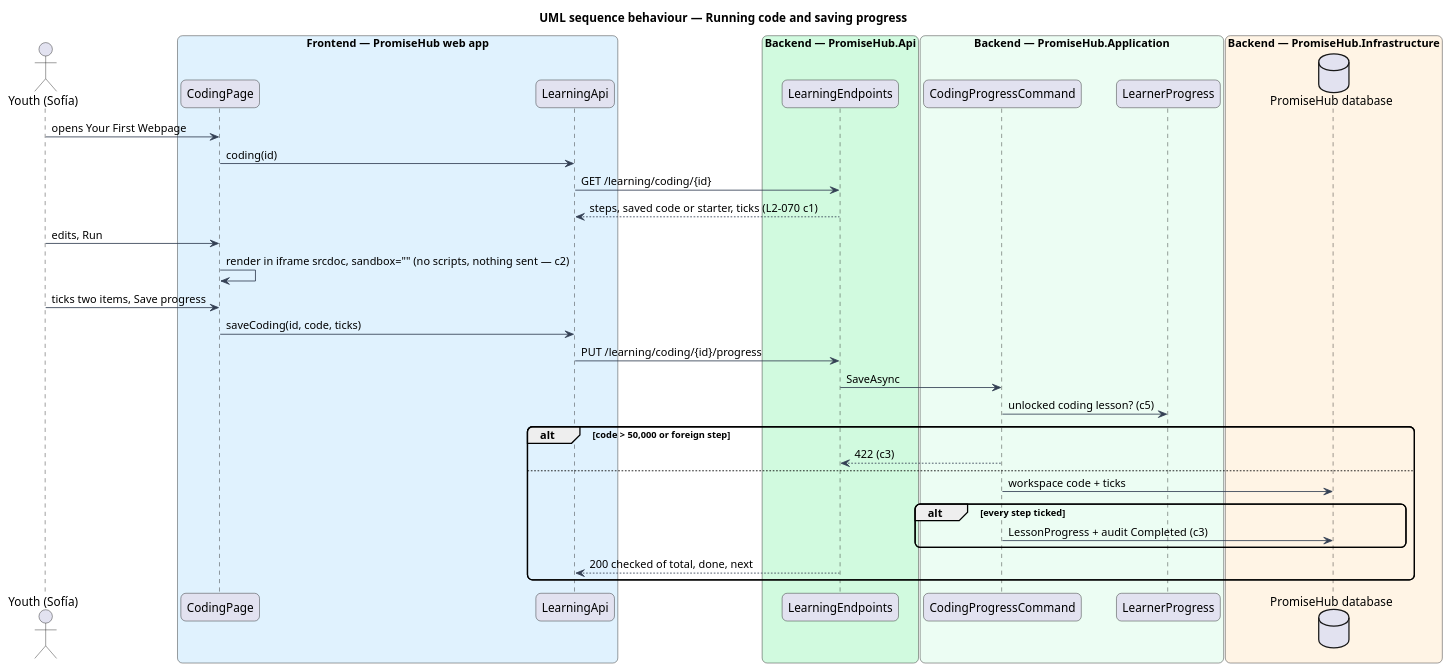
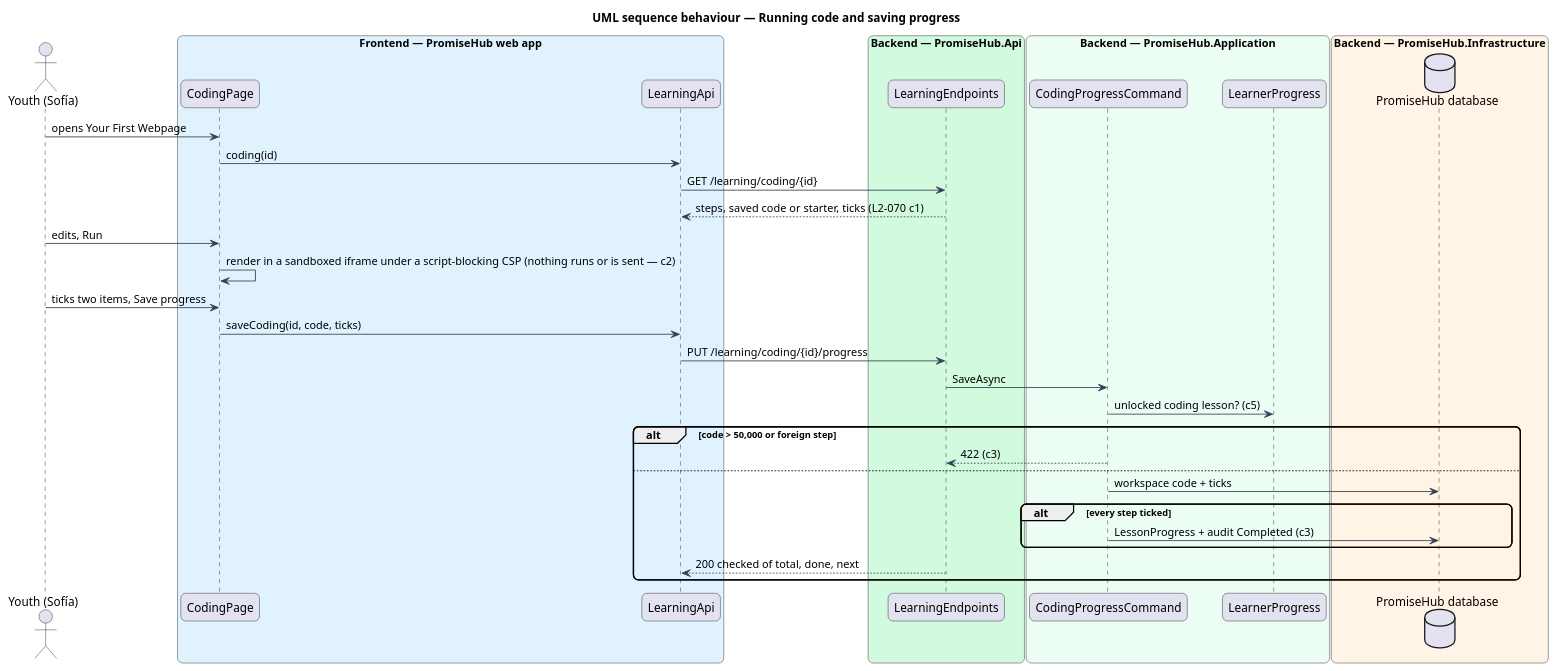
The diagram in docs/detailed-designs/learning/complete-coding-lessons/diagrams/sequence-save-progress.puml (QuinntyneBrown/promise-hub), drawn with PlantUML before and after one commit. The commit also changed 47 other files, not shown here.

```diff
--- a/docs/detailed-designs/learning/complete-coding-lessons/diagrams/sequence-save-progress.puml
+++ b/docs/detailed-designs/learning/complete-coding-lessons/diagrams/sequence-save-progress.puml
@@ -1,44 +1,44 @@
 @startuml
 title UML sequence behaviour — Running code and saving progress
 skinparam backgroundColor #FFFFFF
 skinparam shadowing false
 skinparam roundcorner 12
 skinparam defaultFontName Arial
 skinparam ArrowColor #344054
 actor "Youth (Sofía)" as actor
 box "Frontend — PromiseHub web app" #E0F2FE
   participant "CodingPage" as page
   participant "LearningApi" as lapi
 end box
 box "Backend — PromiseHub.Api" #D1FADF
   participant "LearningEndpoints" as ep
 end box
 box "Backend — PromiseHub.Application" #ECFDF3
   participant "CodingProgressCommand" as h
   participant "LearnerProgress" as prog
 end box
 box "Backend — PromiseHub.Infrastructure" #FFF4E5
   database "PromiseHub database" as db
 
 end box
 actor -> page : opens Your First Webpage
 page -> lapi : coding(id)
 lapi -> ep : GET /learning/coding/{id}
 ep --> lapi : steps, saved code or starter, ticks (L2-070 c1)
 actor -> page : edits, Run
-page -> page : render in iframe srcdoc, sandbox="" (no scripts, nothing sent — c2)
+page -> page : render in a sandboxed iframe under a script-blocking CSP (nothing runs or is sent — c2)
 actor -> page : ticks two items, Save progress
 page -> lapi : saveCoding(id, code, ticks)
 lapi -> ep : PUT /learning/coding/{id}/progress
 ep -> h : SaveAsync
 h -> prog : unlocked coding lesson? (c5)
 alt code > 50,000 or foreign step
   h --> ep : 422 (c3)
 else
   h -> db : workspace code + ticks
   alt every step ticked
     h -> db : LessonProgress + audit Completed (c3)
   end
   ep --> lapi : 200 checked of total, done, next
 end
 @enduml
```
